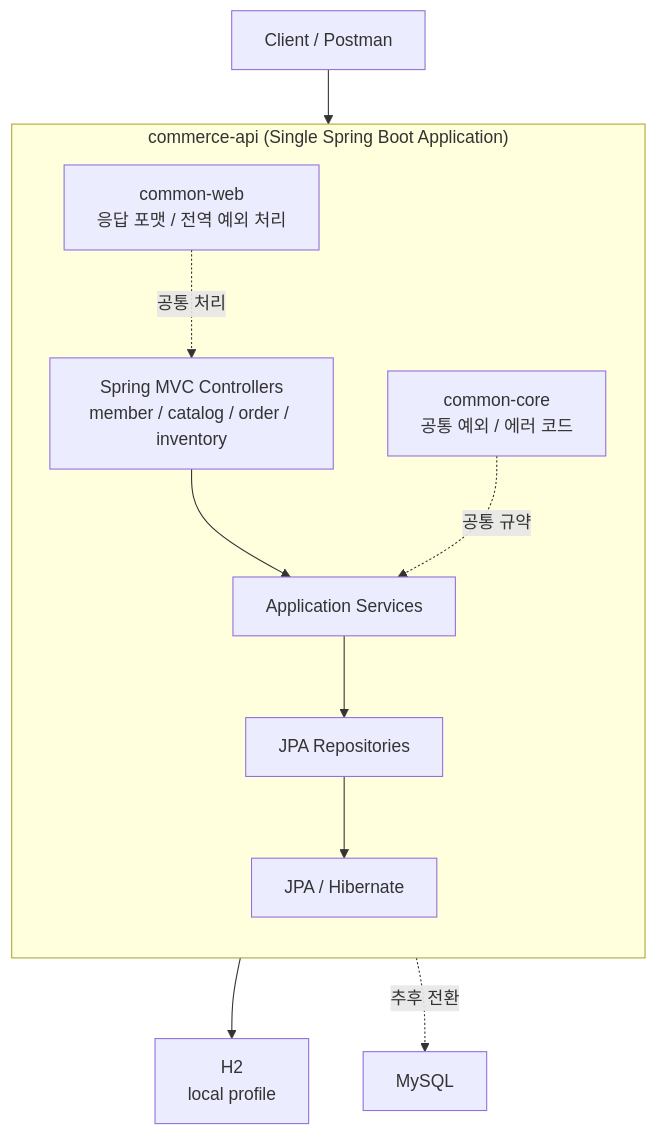
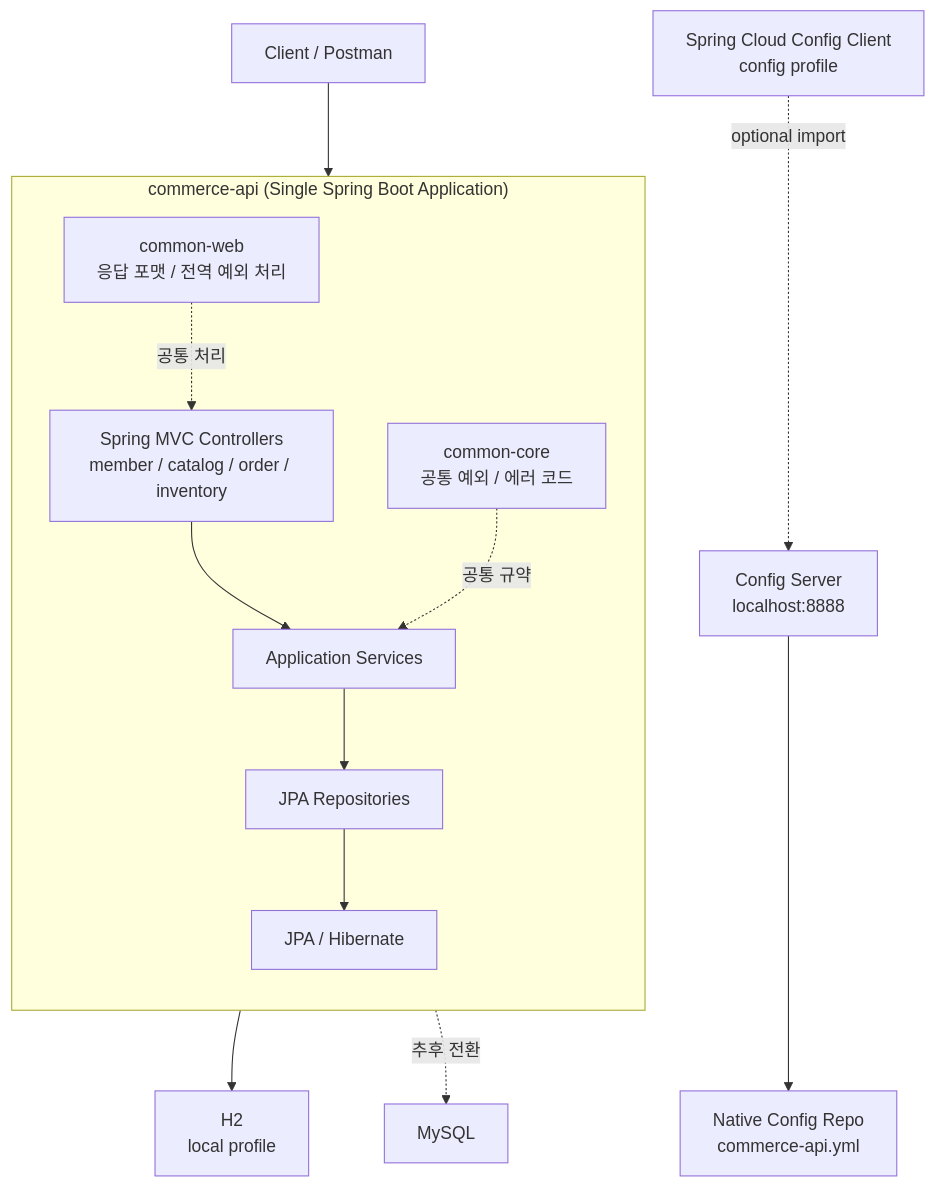
One commit to dongyongChoi/toy-commerce-platform changed the second of 3 diagrams in README.md. Above: the diagram before and after it, drawn with Mermaid. The commit also changed other lines of this file and 18 other files, not shown here.

Commit message:
feat: Spring Cloud Config 서버와 클라이언트 추가

````diff
--- a/README.md
+++ b/README.md
@@ -52,26 +57,30 @@
 ```mermaid
 flowchart TD
     Client["Client / Postman"] --> APP
 
     subgraph APP["commerce-api (Single Spring Boot Application)"]
         direction TD
 
         Controller["Spring MVC Controllers<br/>member / catalog / order / inventory"]
         Service["Application Services"]
         Repository["JPA Repositories"]
         ORM["JPA / Hibernate"]
 
         Controller --> Service
         Service --> Repository
         Repository --> ORM
 
         CommonWeb["common-web<br/>응답 포맷 / 전역 예외 처리"]
         CommonCore["common-core<br/>공통 예외 / 에러 코드"]
 
         CommonWeb -. 공통 처리 .-> Controller
         CommonCore -. 공통 규약 .-> Service
     end
 
     ORM --> H2["H2<br/>local profile"]
     ORM -. 추후 전환 .-> MySQL["MySQL"]
+
+    ConfigClient["Spring Cloud Config Client<br/>config profile"]
+    ConfigClient -. optional import .-> ConfigServer["Config Server<br/>localhost:8888"]
+    ConfigServer --> ConfigRepo["Native Config Repo<br/>commerce-api.yml"]
 ```
````
